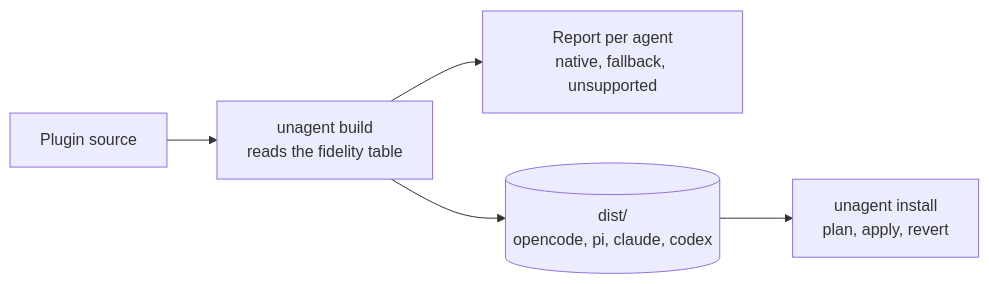
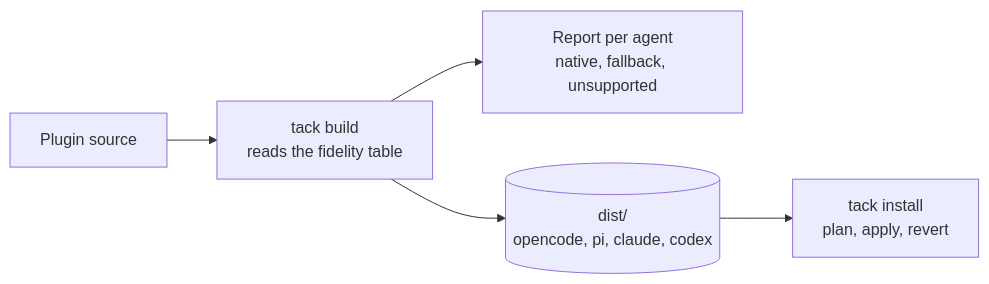
Before and after one commit to StevenJPx2/workhorse: the second of 2 diagrams in spike/unagent/README.md, drawn with Mermaid. The commit also changed other lines of this file and 2 other files, not shown here.

First line of the commit message:
docs(spike): name the plugin SDK @workhorse/tack and coordinate tack plugins

````diff
--- a/spike/unagent/README.md
+++ b/spike/unagent/README.md
@@ -187,7 +215,7 @@
 ```mermaid
 flowchart LR
-    Src["Plugin source"] --> Build["unagent build<br/>reads the fidelity table"]
+    Src["Plugin source"] --> Build["tack build<br/>reads the fidelity table"]
     Build --> Report["Report per agent<br/>native, fallback, unsupported"]
     Build --> Out[("dist/<br/>opencode, pi, claude, codex")]
-    Out --> Install["unagent install<br/>plan, apply, revert"]
+    Out --> Install["tack install<br/>plan, apply, revert"]
 ```
````
